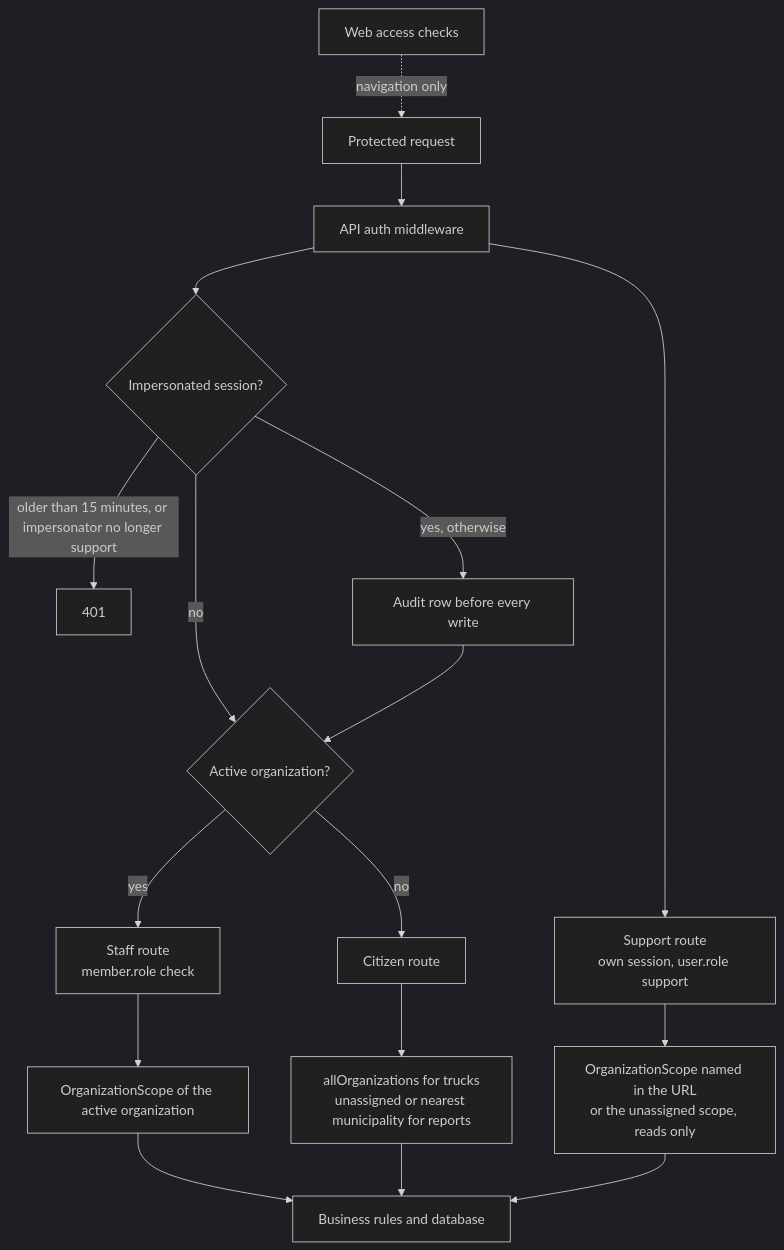
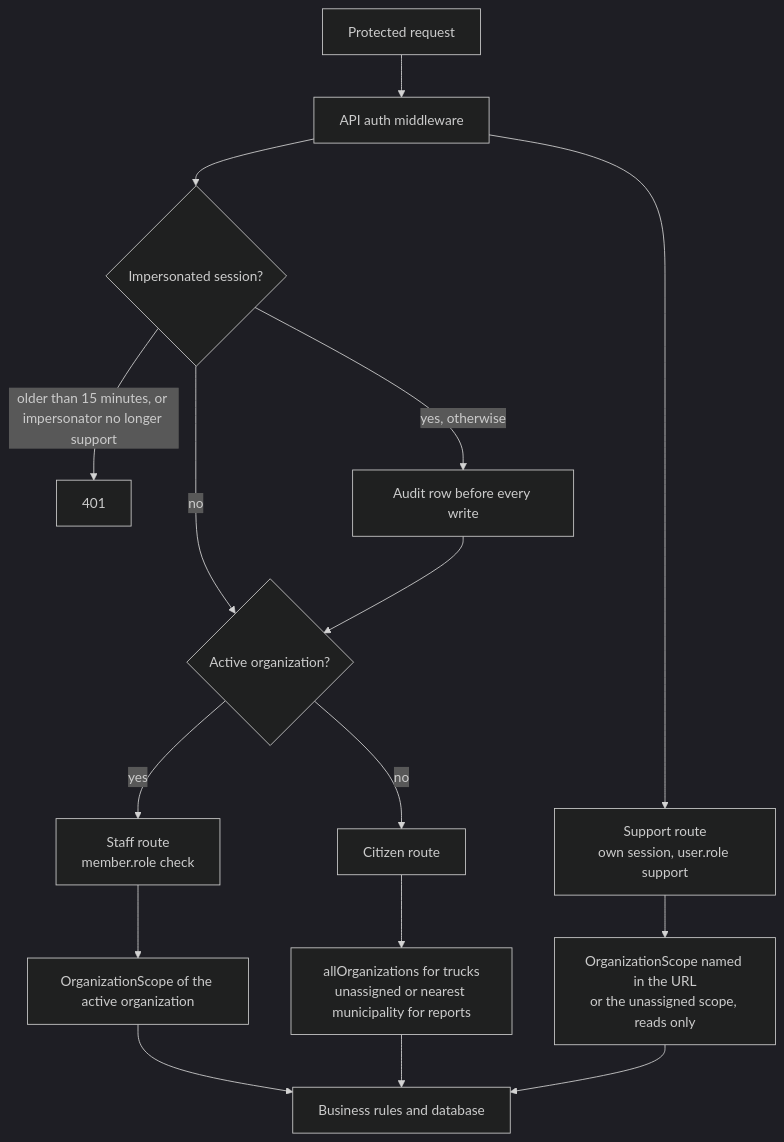
One commit to empiricalhq/lima-limpia changed the second of 2 diagrams in ARCHITECTURE.md. Above: the diagram before and after it, drawn with Mermaid (dark theme). The commit also changed other lines of this file and 2 other files, not shown here.

First line of the commit message:
docs: rewrite the readme, architecture and contributing guide

````diff
--- a/ARCHITECTURE.md
+++ b/ARCHITECTURE.md
@@ -267,19 +72,18 @@
 ```mermaid
 flowchart TD
     request[Protected request] --> apiAuth[API auth middleware]
     apiAuth --> impersonated{Impersonated session?}
     impersonated -->|"older than 15 minutes, or impersonator no longer support"| refused[401]
     impersonated -->|"yes, otherwise"| audit[Audit row before every write]
     impersonated -->|no| organization
     audit --> organization{Active organization?}
     organization -->|yes| staff[Staff route<br/>member.role check]
     organization -->|no| citizen[Citizen route]
     staff --> scope[OrganizationScope of the active organization]
     citizen --> global[allOrganizations for trucks<br/>unassigned or nearest municipality for reports]
     apiAuth --> supportRoute[Support route<br/>own session, user.role support]
     supportRoute --> supportScope[OrganizationScope named in the URL<br/>or the unassigned scope, reads only]
     scope --> rules[Business rules and database]
     global --> rules
     supportScope --> rules
-    webCheck[Web access checks] -. navigation only .-> request
 ```
````
